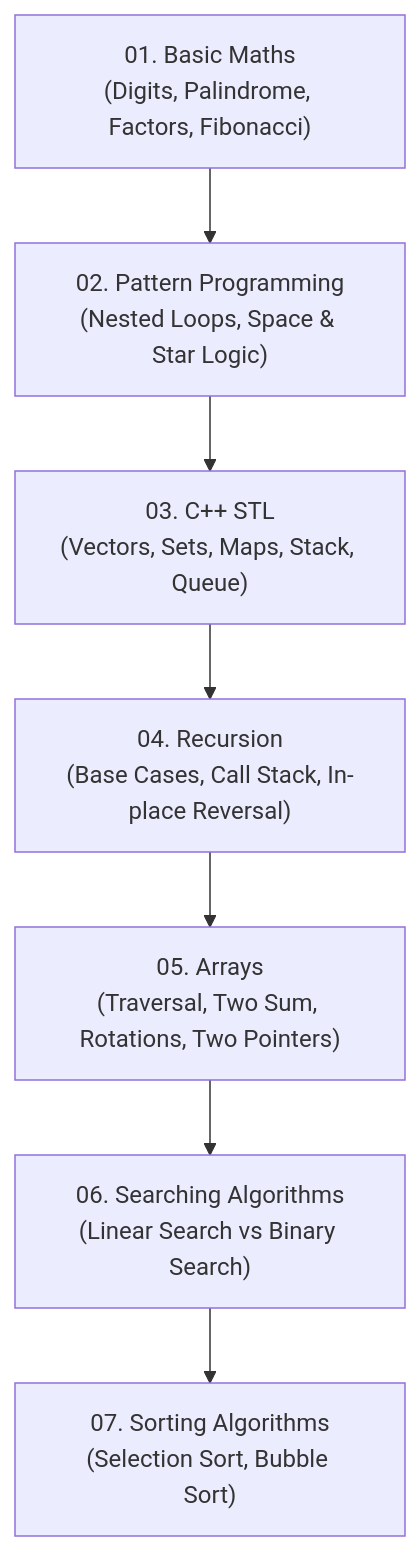
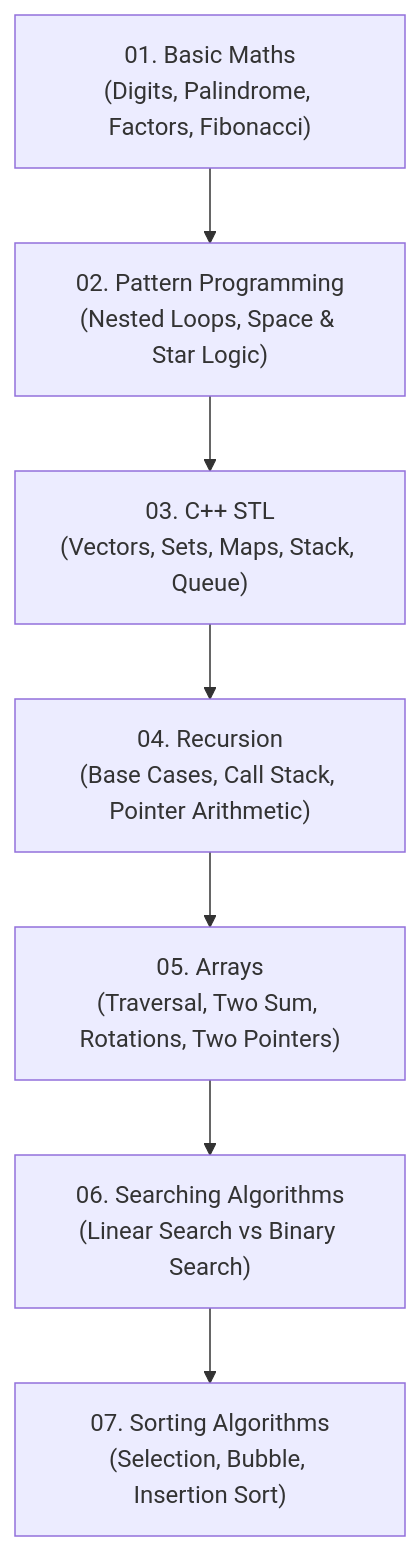
One commit to niteshxedev-byte/DSA_CPP changed the diagram in README.md. Above: the diagram before and after it, drawn with Mermaid. The commit also changed other lines of this file, not shown here.

Commit message:
Update README.md with newly added recursion and sorting files

````diff
--- a/README.md
+++ b/README.md
@@ -11,9 +11,9 @@
 ```mermaid
 flowchart TD
     A["01. Basic Maths<br/>(Digits, Palindrome, Factors, Fibonacci)"] --> B["02. Pattern Programming<br/>(Nested Loops, Space & Star Logic)"]
     B --> C["03. C++ STL<br/>(Vectors, Sets, Maps, Stack, Queue)"]
-    C --> D["04. Recursion<br/>(Base Cases, Call Stack, In-place Reversal)"]
+    C --> D["04. Recursion<br/>(Base Cases, Call Stack, Pointer Arithmetic)"]
     D --> E["05. Arrays<br/>(Traversal, Two Sum, Rotations, Two Pointers)"]
     E --> F["06. Searching Algorithms<br/>(Linear Search vs Binary Search)"]
-    F --> G["07. Sorting Algorithms<br/>(Selection Sort, Bubble Sort)"]
+    F --> G["07. Sorting Algorithms<br/>(Selection, Bubble, Insertion Sort)"]
 ```
````
